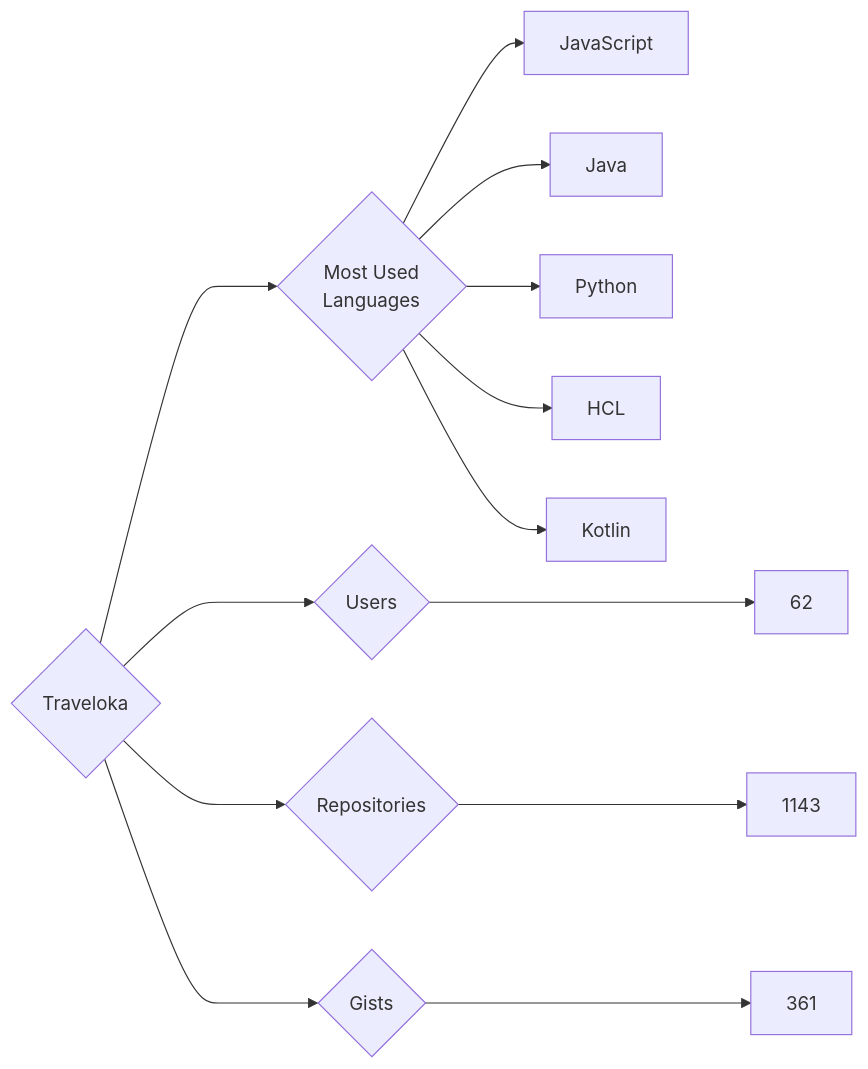
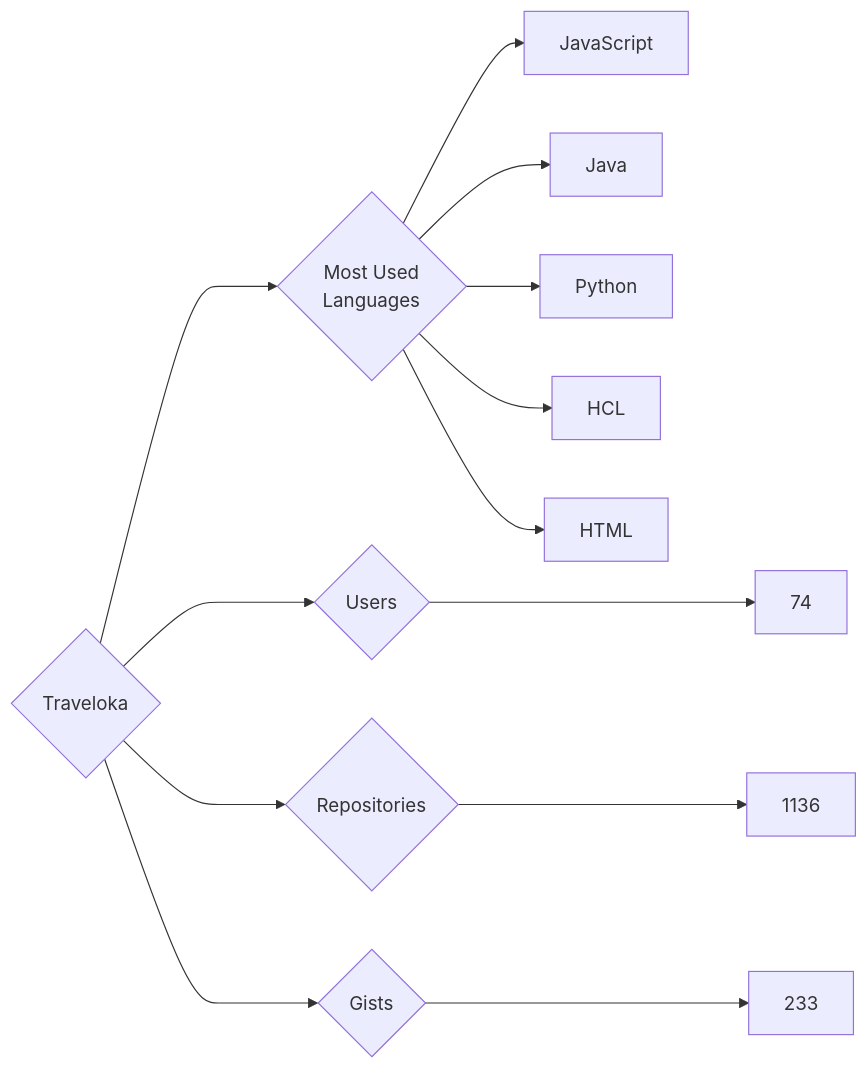
One commit to trickest/insiders changed the diagram in targets/Traveloka/README.md. Above: the diagram before and after it, drawn with Mermaid. The commit also changed 953 other files, not shown here.

````diff
--- a/targets/Traveloka/README.md
+++ b/targets/Traveloka/README.md
@@ -3,13 +3,13 @@
 ```mermaid
 graph LR
 COMPANY_NAME{Traveloka}
-COMPANY_NAME ---> U{Users} ---> UN[62]
-COMPANY_NAME ---> R{Repositories} ---> RN[1143]
-COMPANY_NAME ---> G{Gists} ---> GN[361]
+COMPANY_NAME ---> U{Users} ---> UN[74]
+COMPANY_NAME ---> R{Repositories} ---> RN[1136]
+COMPANY_NAME ---> G{Gists} ---> GN[233]
 COMPANY_NAME ---> ML{Most Used<br>Languages}
 ML --> JavaScript[JavaScript]
 ML --> Java[Java]
 ML --> Python[Python]
 ML --> HCL[HCL]
-ML --> Kotlin[Kotlin]
+ML --> HTML[HTML]
 ```
````
